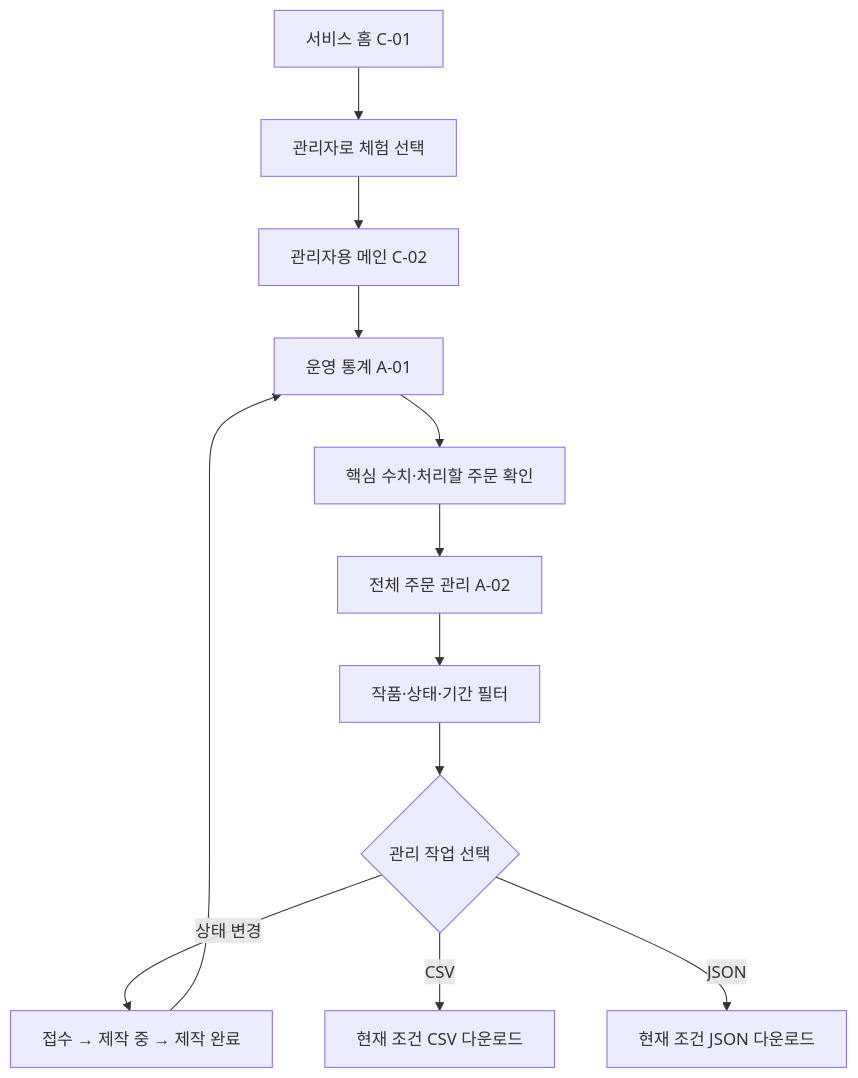
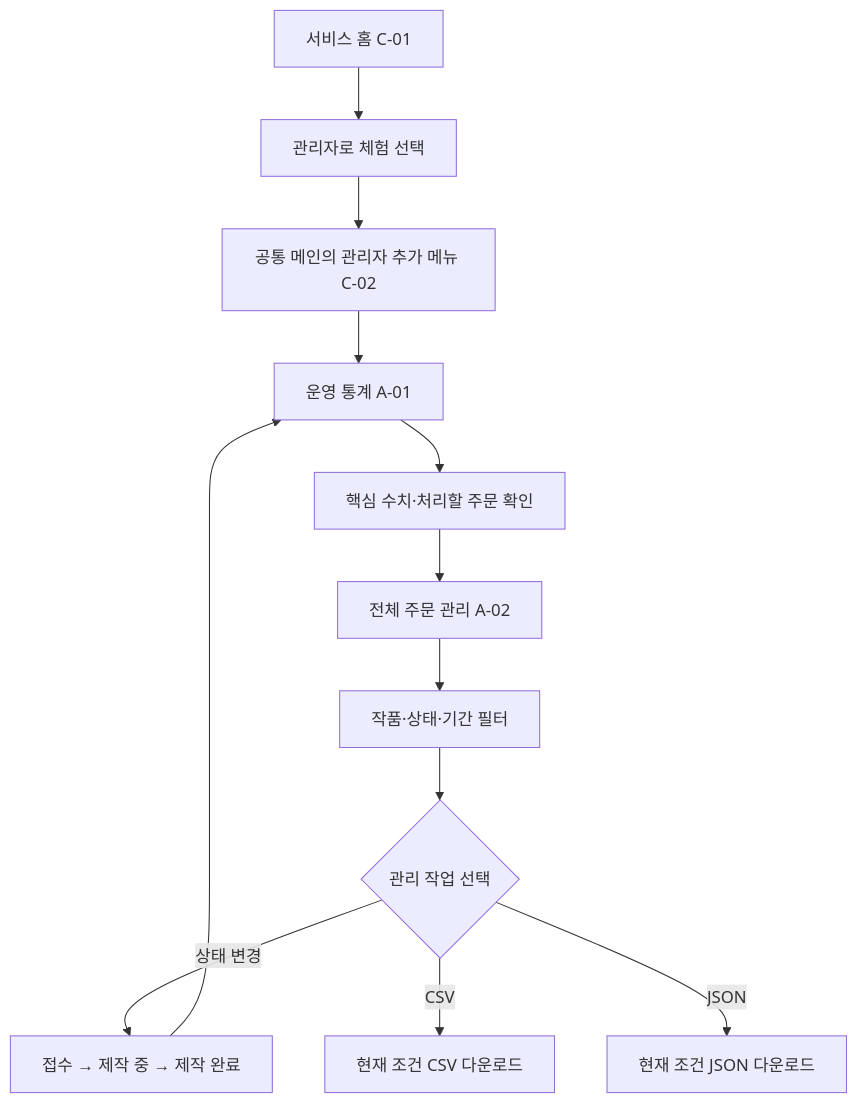
One commit to 021Skyfall/novelkeep changed the third of 3 diagrams in docs/05_화면_정의서.md. Above: the diagram before and after it, drawn with Mermaid. The commit also changed other lines of this file and 21 other files, not shown here.

````diff
--- a/docs/05_화면_정의서.md
+++ b/docs/05_화면_정의서.md
@@ -350,14 +365,14 @@
 ```mermaid
 flowchart TD
     A["서비스 홈 C-01"] --> B["관리자로 체험 선택"]
-    B --> B1["관리자용 메인 C-02"]
+    B --> B1["공통 메인의 관리자 추가 메뉴 C-02"]
     B1 --> C["운영 통계 A-01"]
     C --> D["핵심 수치·처리할 주문 확인"]
     D --> E["전체 주문 관리 A-02"]
     E --> F["작품·상태·기간 필터"]
     F --> G{"관리 작업 선택"}
     G -->|상태 변경| H["접수 → 제작 중 → 제작 완료"]
     G -->|CSV| I["현재 조건 CSV 다운로드"]
     G -->|JSON| J["현재 조건 JSON 다운로드"]
     H --> C
 ```
````
